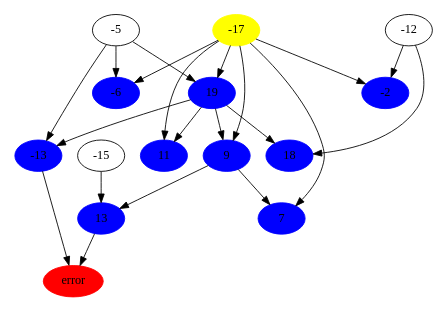
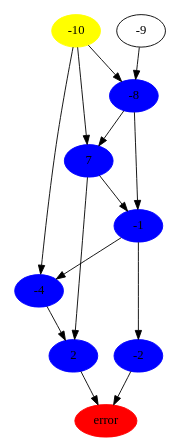
The diagram in src/graph.dot (Artifere/Rendu1), drawn with Graphviz before and after one commit. The commit also changed 1 other file, not shown here.

```diff
--- a/src/graph.dot
+++ b/src/graph.dot
@@ -1,34 +1,24 @@
 digraph G {
 size ="4,4";
 error[style=filled,color=red];
--17[style=filled,color=yellow];
- 13[style=filled,color=blue];
+-10[style=filled,color=yellow];
+ 2[style=filled,color=blue];
+-8[style=filled,color=blue];
+ 7[style=filled,color=blue];
+-1[style=filled,color=blue];
+-4[style=filled,color=blue];
 -2[style=filled,color=blue];
- 19[style=filled,color=blue];
--6[style=filled,color=blue];
- 9[style=filled,color=blue];
- 18[style=filled,color=blue];
- 11[style=filled,color=blue];
--13[style=filled,color=blue];
- 7[style=filled,color=blue];
- 9 ->  13;
--15 ->  13;
--12 -> -2;
--17 -> -2;
--5 ->  19;
--17 ->  19;
--5 -> -6;
--17 -> -6;
--17 ->  9;
- 19 ->  9;
--12 ->  18;
- 19 ->  18;
--17 ->  11;
- 19 ->  11;
--5 -> -13;
- 19 -> -13;
- 9 ->  7;
--17 ->  7;
-13->error;
--13->error;
+-4 ->  2;
+ 7 ->  2;
+-9 -> -8;
+-10 -> -8;
+-8 ->  7;
+-10 ->  7;
+ 7 -> -1;
+-8 -> -1;
+-1 -> -4;
+-10 -> -4;
+-1 -> -2;
+2->error;
+-2->error;
 }
```
